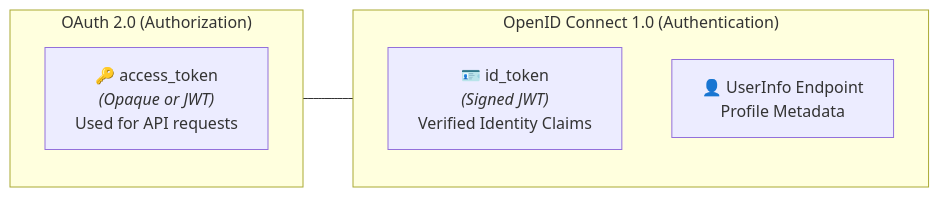
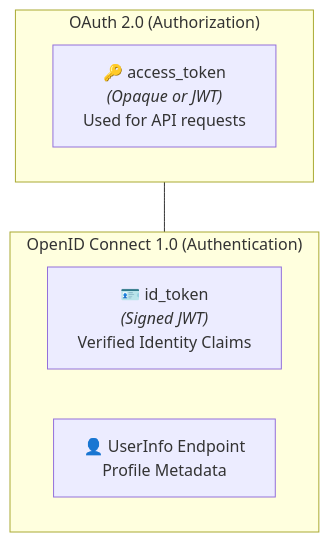
One commit to Rohit1024/spring-boot-mastery changed the first of 3 diagrams in docs/lessons/0027-google-oauth2-and-openid-connect-oidc.md. Above: the diagram before and after it, drawn with Mermaid. The commit also changed other lines of this file and 42 other files, not shown here.

````diff
--- a/docs/lessons/0027-google-oauth2-and-openid-connect-oidc.md
+++ b/docs/lessons/0027-google-oauth2-and-openid-connect-oidc.md
@@ -20,13 +20,13 @@
 ``` mermaid
-flowchart LR
+flowchart TD
     subgraph OAuth2["OAuth 2.0 (Authorization)"]
         AT["🔑 access_token<br/><i>(Opaque or JWT)</i><br/>Used for API requests"]
     end
 
     subgraph OIDC["OpenID Connect 1.0 (Authentication)"]
         ID["🪪 id_token<br/><i>(Signed JWT)</i><br/>Verified Identity Claims"]
         UI["👤 UserInfo Endpoint<br/>Profile Metadata"]
     end
 
     OAuth2 --- OIDC
 ```
````
